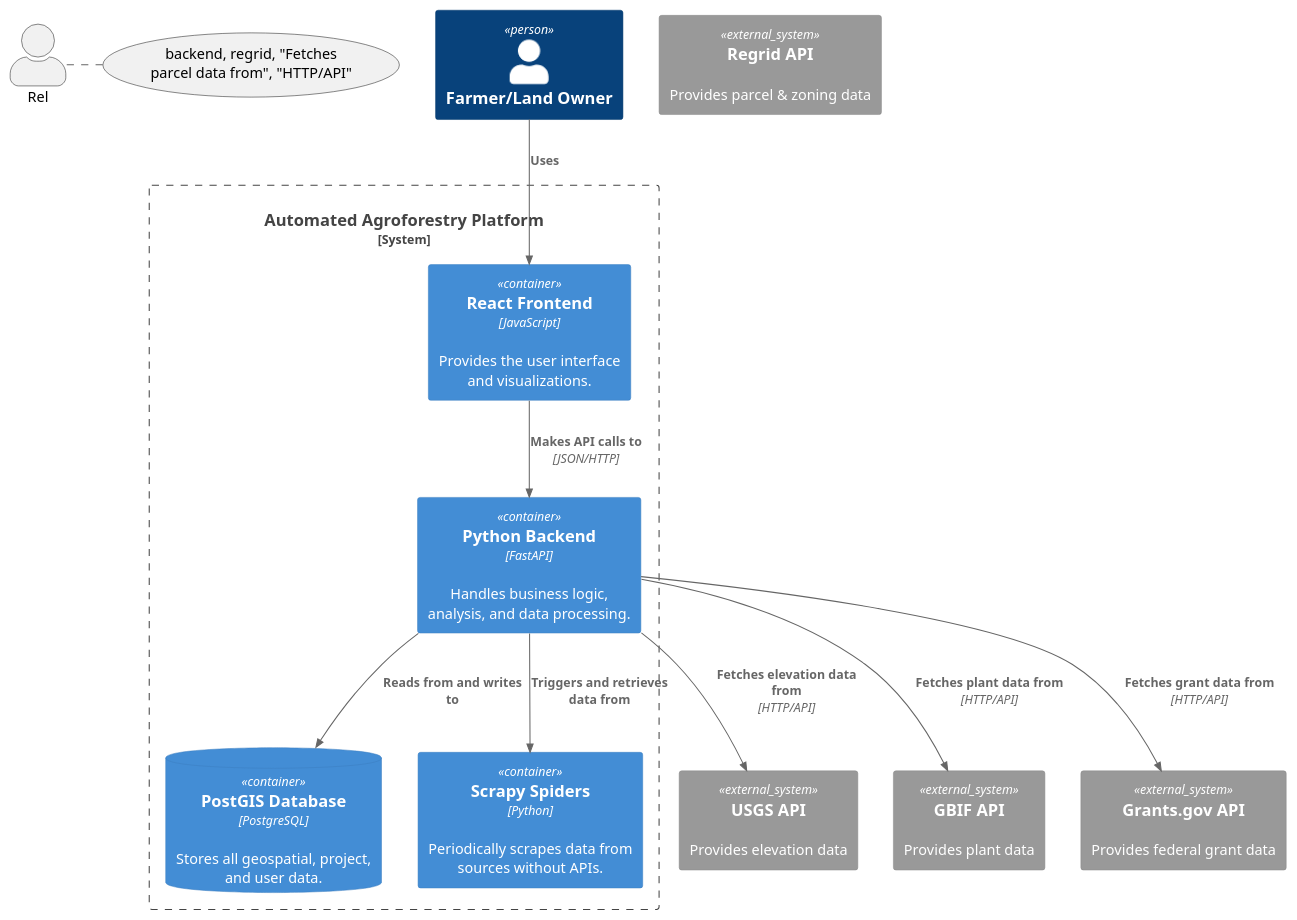
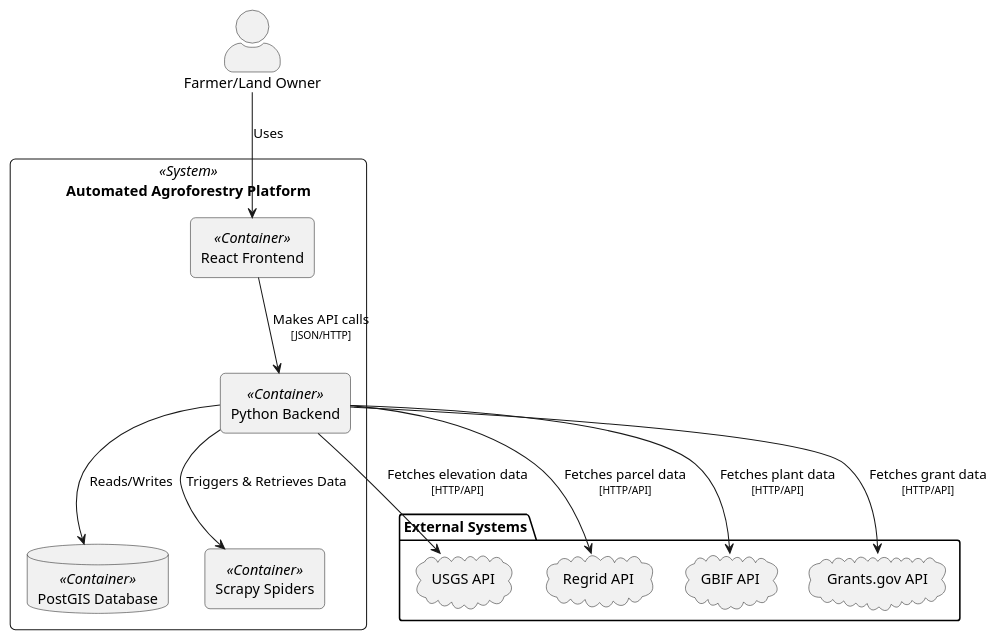
Before and after one commit to bondlegend4/glowing-octo-winner: the diagram in docs/architeture/container-diagram.plantuml, drawn with PlantUML. The commit also changed 4 other files, not shown here.

```diff
--- a/docs/architeture/container-diagram.plantuml
+++ b/docs/architeture/container-diagram.plantuml
@@ -1,27 +1,40 @@
-@startuml conatiner-diagram
-!include https://raw.githubusercontent.com/plantuml-stdlib/C4-PlantUML/master/C4_Container.puml
+@startuml name
 
-Person(farmer, "Farmer/Land Owner")
-System_Ext(usgs, "USGS API", "Provides elevation data")
-System_Ext(regrid, "Regrid API", "Provides parcel & zoning data")
-System_Ext(gbif, "GBIF API", "Provides plant data")
-System_Ext(grants, "Grants.gov API", "Provides federal grant data")
-
-System_Boundary(c1, "Automated Agroforestry Platform") {
-    Container(frontend, "React Frontend", "JavaScript", "Provides the user interface and visualizations.")
-    Container(backend, "Python Backend", "FastAPI", "Handles business logic, analysis, and data processing.")
-    ContainerDb(database, "PostGIS Database", "PostgreSQL", "Stores all geospatial, project, and user data.")
-    Container(scraper, "Scrapy Spiders", "Python", "Periodically scrapes data from sources without APIs.")
+skinparam actorStyle awesome
+skinparam rectangle {
+  roundCorner 10
+}
+skinparam database {
+  roundCorner 10
 }
 
-Rel(farmer, frontend, "Uses")
-Rel(frontend, backend, "Makes API calls to", "JSON/HTTP")
+actor "Farmer/Land Owner" as farmer
 
-Rel(backend, database, "Reads from and writes to")
-Rel(backend, usgs, "Fetches elevation data from", "HTTP/API")
-Rel.right(backend, regrid, "Fetches parcel data from", "HTTP/API")
-Rel(backend, gbif, "Fetches plant data from", "HTTP/API")
-Rel(backend, grants, "Fetches grant data from", "HTTP/API")
-Rel(backend, scraper, "Triggers and retrieves data from")
+package "External Systems" {
+  cloud "USGS API" as usgs
+  cloud "Regrid API" as regrid
+  cloud "GBIF API" as gbif
+  cloud "Grants.gov API" as grants
+}
+
+
+rectangle "Automated Agroforestry Platform" <<System>> as Platform {
+    rectangle "React Frontend" as frontend <<Container>>
+    rectangle "Python Backend" as backend <<Container>>
+    database "PostGIS Database" as database <<Container>>
+    rectangle "Scrapy Spiders" as scraper <<Container>>
+}
+
+
+farmer --> frontend : Uses
+
+frontend --> backend : Makes API calls\n<size:10>[JSON/HTTP]</size>
+backend --> database : Reads/Writes
+
+backend --> usgs : Fetches elevation data\n<size:10>[HTTP/API]</size>
+backend --> regrid : Fetches parcel data\n<size:10>[HTTP/API]</size>
+backend --> gbif : Fetches plant data\n<size:10>[HTTP/API]</size>
+backend --> grants : Fetches grant data\n<size:10>[HTTP/API]</size>
+backend --> scraper : Triggers & Retrieves Data
 
 @enduml
```
